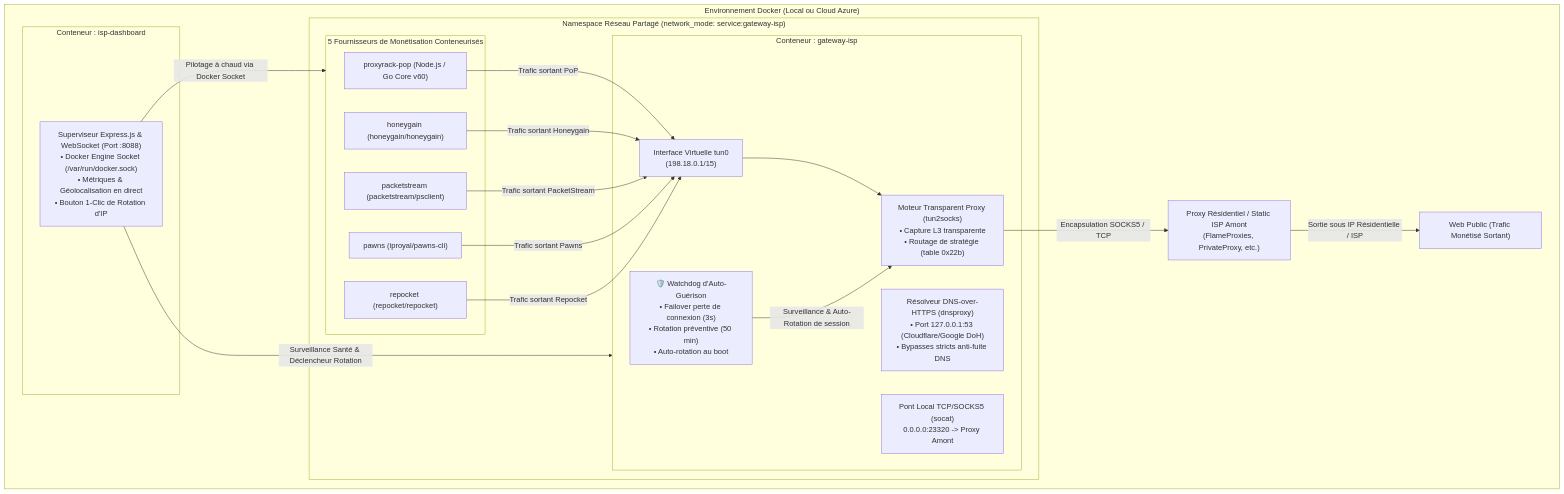
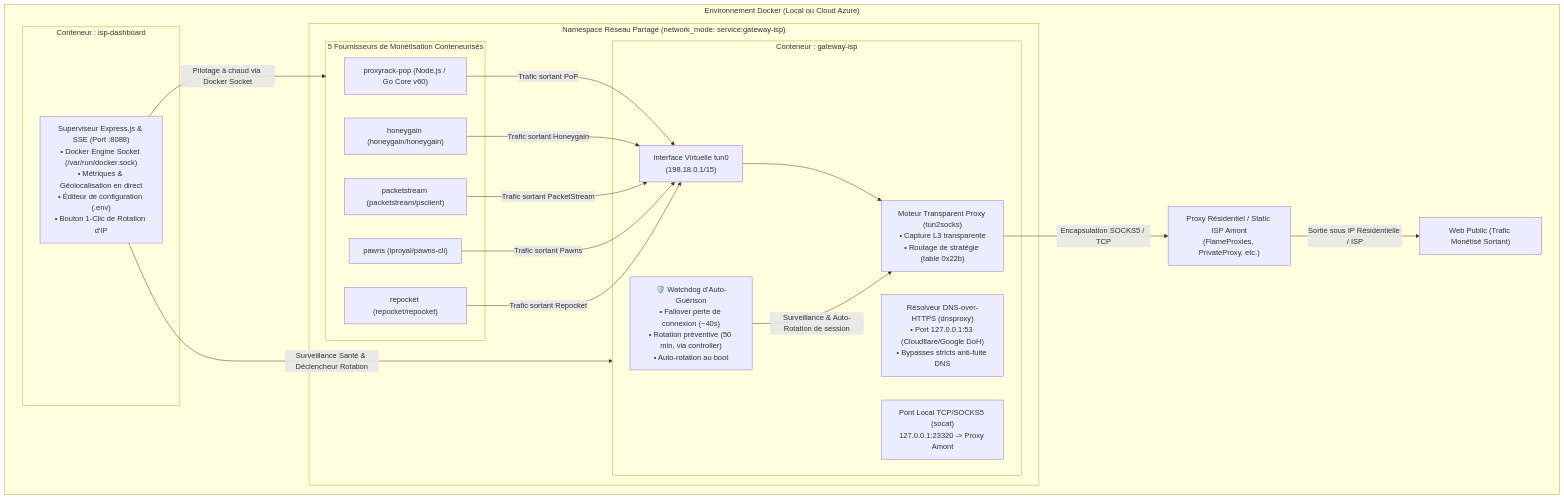
Before and after one commit to ki2pixel/proxy_docker: the diagram in README.md, drawn with Mermaid. The commit also changed other lines of this file and 41 other files, not shown here.

````diff
--- a/README.md
+++ b/README.md
@@ -11,44 +11,44 @@
 ```mermaid
 graph TD
     subgraph Docker ["Environnement Docker (Local ou Cloud Azure)"]
         subgraph NetNamespace ["Namespace Réseau Partagé (network_mode: service:gateway-isp)"]
             
             subgraph GatewayContainer ["Conteneur : gateway-isp"]
                 TUN["Interface Virtuelle tun0<br>(198.18.0.1/15)"]
                 T2S["Moteur Transparent Proxy (tun2socks)<br>• Capture L3 transparente<br>• Routage de stratégie (table 0x22b)"]
                 DOH["Résolveur DNS-over-HTTPS (dnsproxy)<br>• Port 127.0.0.1:53 (Cloudflare/Google DoH)<br>• Bypasses stricts anti-fuite DNS"]
-                WD["🛡️ Watchdog d'Auto-Guérison<br>• Failover perte de connexion (3s)<br>• Rotation préventive (50 min)<br>• Auto-rotation au boot"]
-                SOCAT["Pont Local TCP/SOCKS5 (socat)<br>0.0.0.0:23320 -> Proxy Amont"]
+                WD["🛡️ Watchdog d'Auto-Guérison<br>• Failover perte de connexion (~40s)<br>• Rotation préventive (50 min, via controller)<br>• Auto-rotation au boot"]
+                SOCAT["Pont Local TCP/SOCKS5 (socat)<br>127.0.0.1:23320 -> Proxy Amont"]
             end
             
             subgraph ProvidersContainers ["5 Fournisseurs de Monétisation Conteneurisés"]
                 PR["proxyrack-pop (Node.js / Go Core v60)"]
                 HG["honeygain (honeygain/honeygain)"]
                 PS["packetstream (packetstream/psclient)"]
                 PA["pawns (iproyal/pawns-cli)"]
                 RP["repocket (repocket/repocket)"]
             end
         end
 
         subgraph DashboardContainer ["Conteneur : isp-dashboard"]
-            DASH["Superviseur Express.js & WebSocket (Port :8088)<br>• Docker Engine Socket (/var/run/docker.sock)<br>• Métriques & Géolocalisation en direct<br>• Bouton 1-Clic de Rotation d'IP"]
+            DASH["Superviseur Express.js & SSE (Port :8088)<br>• Docker Engine Socket (/var/run/docker.sock)<br>• Métriques & Géolocalisation en direct<br>• Éditeur de configuration (.env)<br>• Bouton 1-Clic de Rotation d'IP"]
         end
 
         UPSTREAM["Proxy Résidentiel / Static ISP Amont<br>(FlameProxies, PrivateProxy, etc.)"]
         INTERNET["Web Public (Trafic Monétisé Sortant)"]
     end
 
     PR -->|Trafic sortant PoP| TUN
     HG -->|Trafic sortant Honeygain| TUN
     PS -->|Trafic sortant PacketStream| TUN
     PA -->|Trafic sortant Pawns| TUN
     RP -->|Trafic sortant Repocket| TUN
 
     TUN --> T2S
     T2S -->|Encapsulation SOCKS5 / TCP| UPSTREAM
     UPSTREAM -->|Sortie sous IP Résidentielle / ISP| INTERNET
 
     WD -->|Surveillance & Auto-Rotation de session| T2S
     DASH -->|Pilotage à chaud via Docker Socket| ProvidersContainers
     DASH -->|Surveillance Santé & Déclencheur Rotation| GatewayContainer
 ```
````
